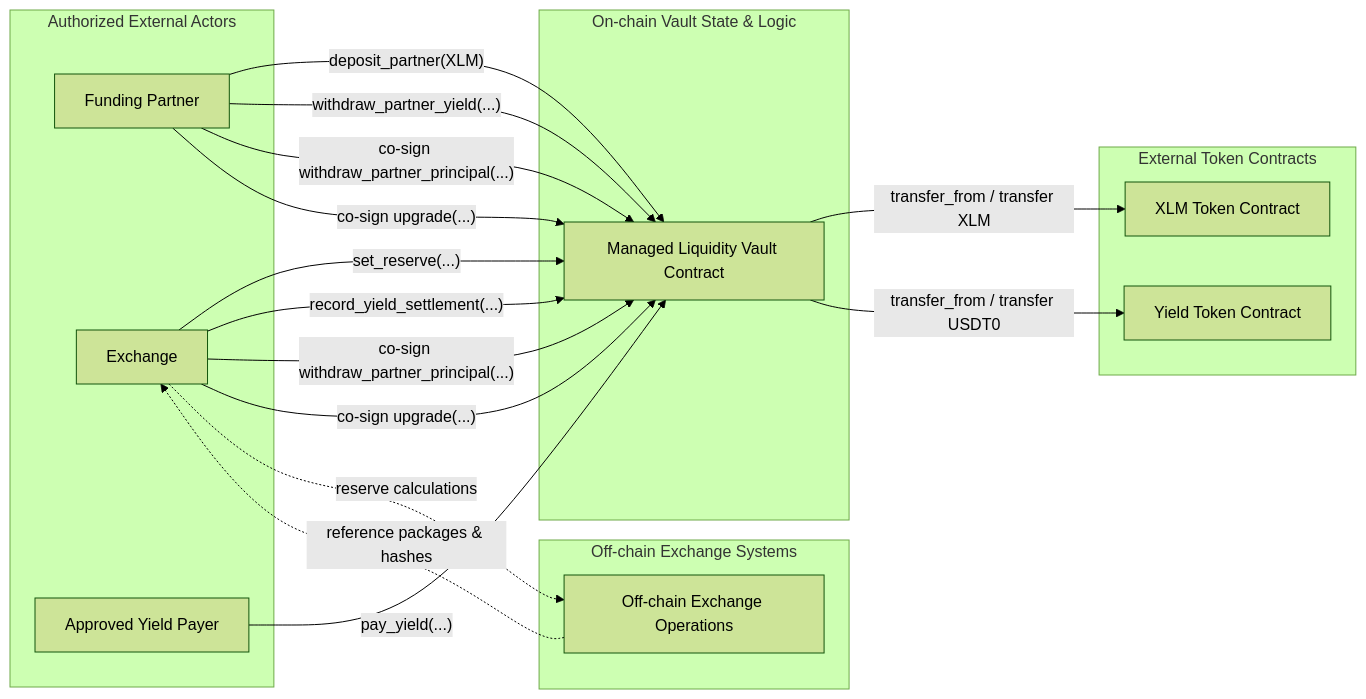
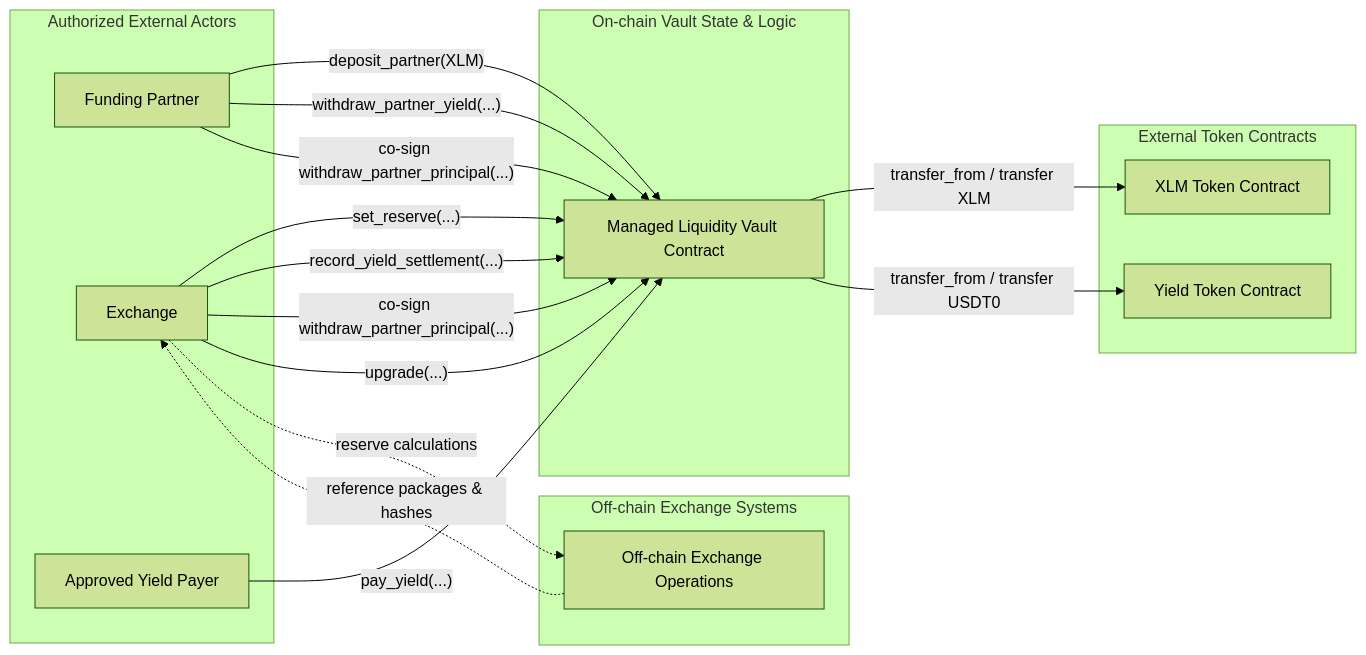
One commit to rails-xyz/soroban-rollup-contract changed the diagram in contracts/managed_liquidity_vault/README.md. Above: the diagram before and after it, drawn with Mermaid (forest theme). The commit also changed other lines of this file and 2 other files, not shown here.

````diff
--- a/contracts/managed_liquidity_vault/README.md
+++ b/contracts/managed_liquidity_vault/README.md
@@ -16,43 +16,42 @@
 ```mermaid
 flowchart LR
     FP["Funding Partner"]
     EX["Exchange"]
     XP["XLM Token Contract"]
     YP["Yield Token Contract"]
     VAULT["Managed Liquidity Vault Contract"]
     OPS["Off-chain Exchange Operations"]
     PAYER["Approved Yield Payer"]
 
     subgraph TB1["Authorized External Actors"]
         FP
         EX
         PAYER
     end
 
     subgraph TB2["External Token Contracts"]
         XP
         YP
     end
 
     subgraph TB3["On-chain Vault State & Logic"]
         VAULT
     end
 
     subgraph TB4["Off-chain Exchange Systems"]
         OPS
     end
 
     FP -->|"deposit_partner(XLM)"| VAULT
     VAULT -->|"transfer_from / transfer XLM"| XP
     EX -->|"set_reserve(...)"| VAULT
     EX -->|"record_yield_settlement(...)"| VAULT
     PAYER -->|"pay_yield(...)"| VAULT
     VAULT -->|"transfer_from / transfer USDT0"| YP
     FP -->|"withdraw_partner_yield(...)"| VAULT
     FP -->|"co-sign withdraw_partner_principal(...)"| VAULT
     EX -->|"co-sign withdraw_partner_principal(...)"| VAULT
-    EX -->|"co-sign upgrade(...)"| VAULT
-    FP -->|"co-sign upgrade(...)"| VAULT
+    EX -->|"upgrade(...)"| VAULT
     EX -.->|"reserve calculations"| OPS
     OPS -.->|"reference packages & hashes"| EX
 ```
````
